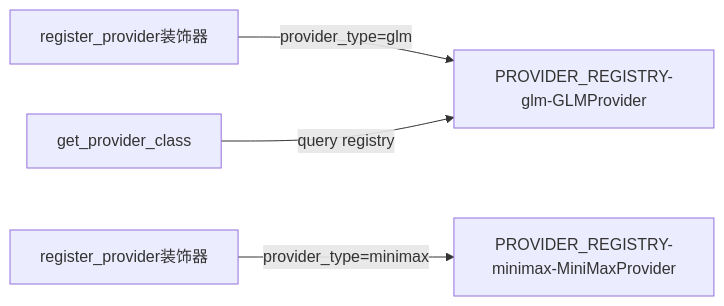
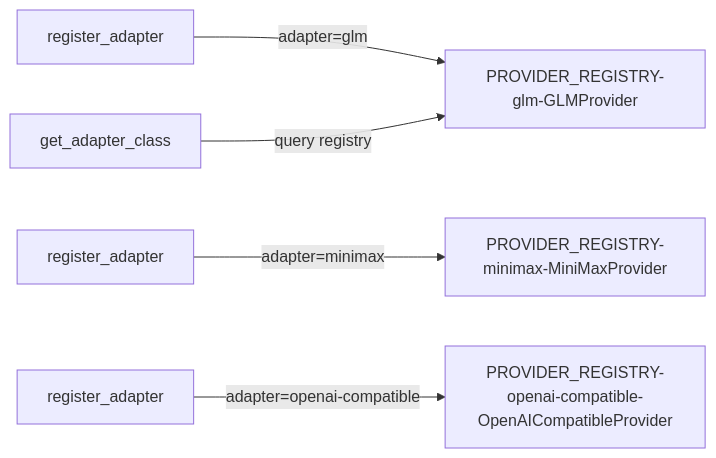
The ninth of 14 diagrams in docs/architecture/full-analysis.md (KKPIP-Tech/InstructionX), drawn with Mermaid before and after one commit. The commit also changed other lines of this file and 12 other files, not shown here.

Commit message:
docs: 同步 LLM Provider v2 架构文档与 AGENTS.md：预设目录/实例化/适配器注册表/配置 schema v2/ILLMService 接口/UI 新包结构，清理 ILLMFacade 与旧文件残留引用

````diff
--- a/docs/architecture/full-analysis.md
+++ b/docs/architecture/full-analysis.md
@@ -630,6 +643,7 @@
 ```mermaid
 graph LR
-    A[register_provider装饰器] -->|"provider_type=glm"| B[PROVIDER_REGISTRY-glm-GLMProvider]
-    C[register_provider装饰器] -->|"provider_type=minimax"| D[PROVIDER_REGISTRY-minimax-MiniMaxProvider]
-    E[get_provider_class] -->|query registry| B
+    A[register_adapter] -->|"adapter=glm"| B[PROVIDER_REGISTRY-glm-GLMProvider]
+    C[register_adapter] -->|"adapter=minimax"| D[PROVIDER_REGISTRY-minimax-MiniMaxProvider]
+    F[register_adapter] -->|"adapter=openai-compatible"| G[PROVIDER_REGISTRY-openai-compatible-OpenAICompatibleProvider]
+    E[get_adapter_class] -->|query registry| B
 ```
````
